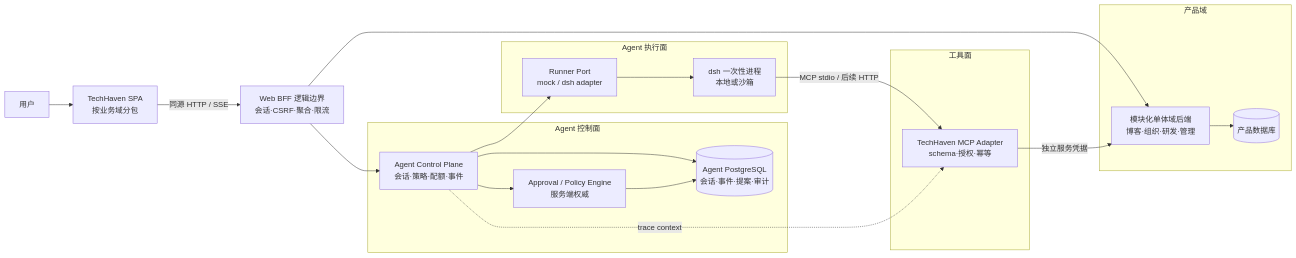
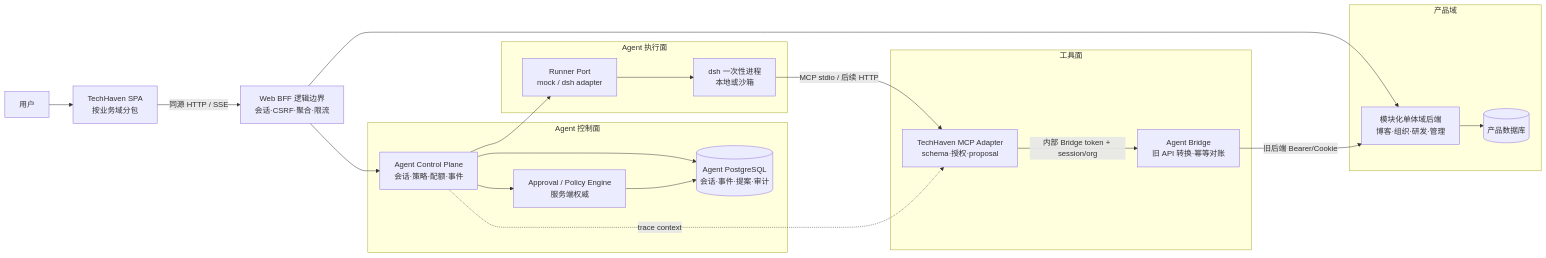
Before and after one commit to Chen-Christins/TechHaven: the diagram in docs/ARCHITECTURE.md, drawn with Mermaid. The commit also changed other lines of this file and 51 other files, not shown here.

Commit message:
feat: add agent proposal flow and legacy bridge

````diff
--- a/docs/ARCHITECTURE.md
+++ b/docs/ARCHITECTURE.md
@@ -53,37 +54,39 @@
 ```mermaid
 flowchart LR
     U[用户] --> SPA[TechHaven SPA\n按业务域分包]
     SPA -->|同源 HTTP / SSE| BFF[Web BFF 逻辑边界\n会话·CSRF·聚合·限流]
 
     subgraph Product[产品域]
         DOMAIN[模块化单体域后端\n博客·组织·研发·管理]
         DOMAINDB[(产品数据库)]
         DOMAIN --> DOMAINDB
     end
 
     subgraph Control[Agent 控制面]
         GATEWAY[Agent Control Plane\n会话·策略·配额·事件]
         POLICY[Approval / Policy Engine\n服务端权威]
         AGENTDB[(Agent PostgreSQL\n会话·事件·提案·审计)]
         GATEWAY --> POLICY
         GATEWAY --> AGENTDB
         POLICY --> AGENTDB
     end
 
     subgraph Runner[Agent 执行面]
         ADAPTER[Runner Port\nmock / dsh adapter]
         DSH[dsh 一次性进程\n本地或沙箱]
         ADAPTER --> DSH
     end
 
     subgraph Tools[工具面]
-        MCP[TechHaven MCP Adapter\nschema·授权·幂等]
+        MCP[TechHaven MCP Adapter\nschema·授权·proposal]
+        BRIDGE[Agent Bridge\n旧 API 转换·幂等对账]
     end
 
     BFF --> DOMAIN
     BFF --> GATEWAY
     GATEWAY --> ADAPTER
     DSH -->|MCP stdio / 后续 HTTP| MCP
-    MCP -->|独立服务凭据| DOMAIN
+    MCP -->|内部 Bridge token + session/org| BRIDGE
+    BRIDGE -->|旧后端 Bearer/Cookie| DOMAIN
     GATEWAY -. trace context .-> MCP
 ```
````
